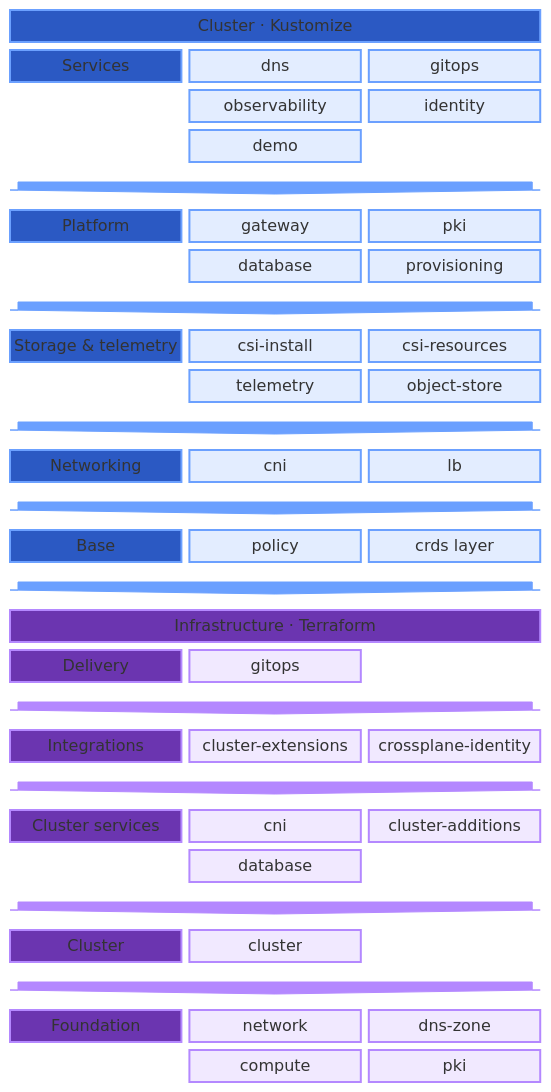
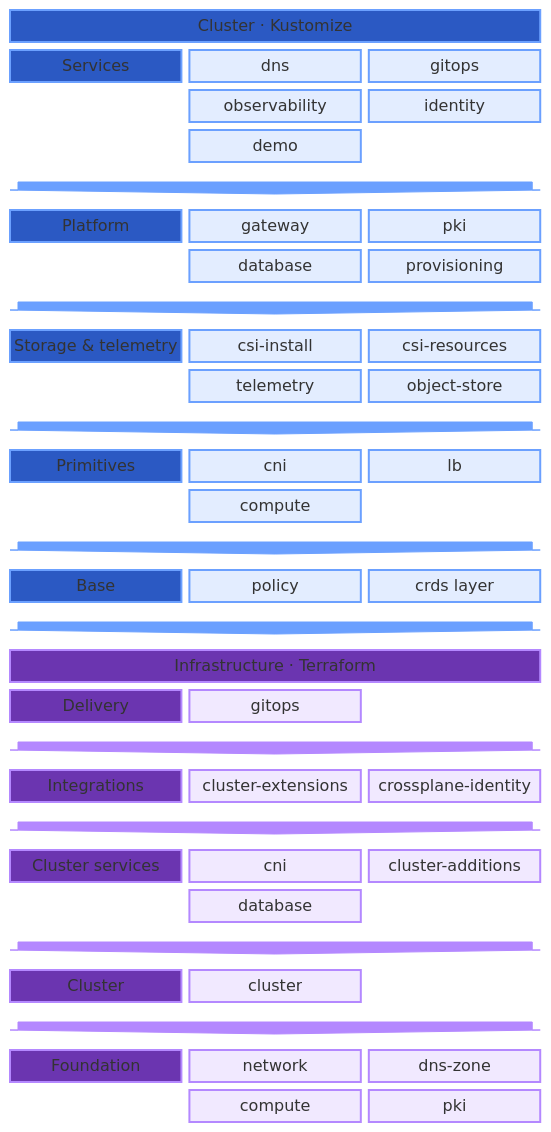
One commit to windsorcli/core changed the diagram in docs/index.md. Above: the diagram before and after it, drawn with Mermaid.

Commit message:
docs(index): add compute to the tier diagram

```diff
--- a/docs/index.md
+++ b/docs/index.md
@@ -27,7 +27,8 @@
   ktier3["Storage & telemetry"] k_csi_install["csi-install"] k_csi_resources["csi-resources"]
   space k_telemetry["telemetry"] k_object_store["object-store"]
   karrow3<[" "]>(down):3
-  ktier2["Networking"] k_cni["cni"] k_lb["lb"]
+  ktier2["Primitives"] k_cni["cni"] k_lb["lb"]
+  space k_compute["compute"] space:1
   karrow2<[" "]>(down):3
   ktier1["Base"] k_policy["policy"] k_crds_layer["crds layer"]
   karrow1<[" "]>(down):3
@@ -67,6 +68,7 @@
   style ktier2 fill:#2B59C3 !important,stroke:#6BA0FF !important,stroke-width:2px !important,color:#fff !important
   style k_cni fill:#6BA0FF30 !important,stroke:#6BA0FF !important,stroke-width:2px !important
   style k_lb fill:#6BA0FF30 !important,stroke:#6BA0FF !important,stroke-width:2px !important
+  style k_compute fill:#6BA0FF30 !important,stroke:#6BA0FF !important,stroke-width:2px !important
   style karrow2 fill:#6BA0FF !important,stroke:#6BA0FF !important
   style ktier1 fill:#2B59C3 !important,stroke:#6BA0FF !important,stroke-width:2px !important,color:#fff !important
   style k_policy fill:#6BA0FF30 !important,stroke:#6BA0FF !important,stroke-width:2px !important
```
